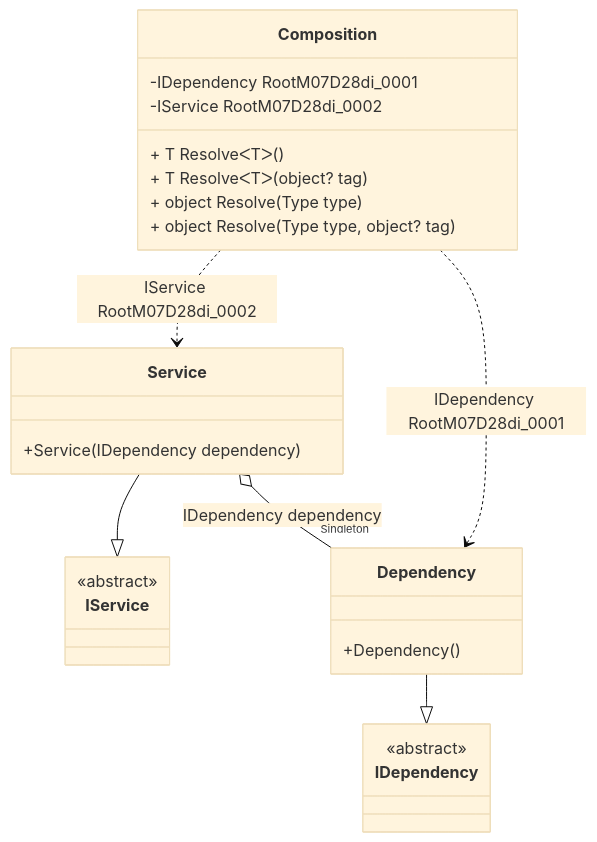
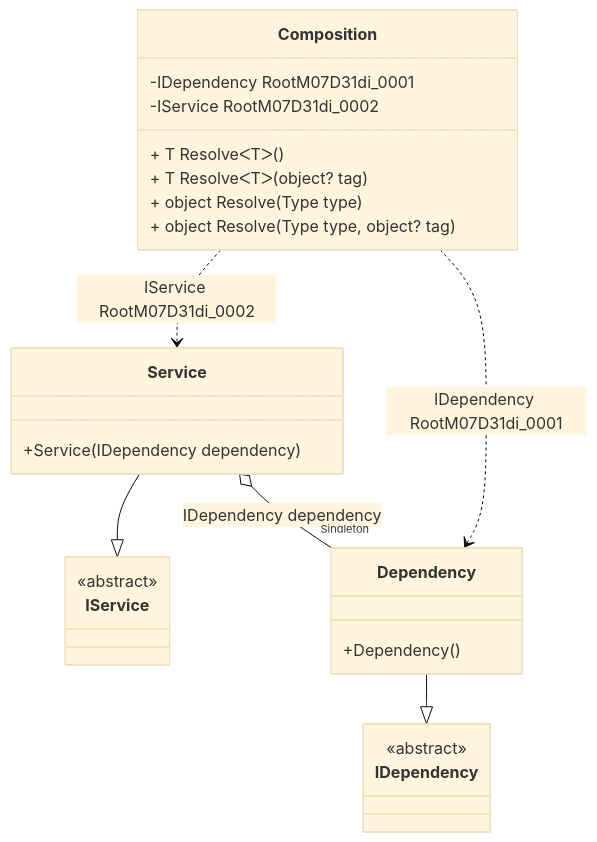
One commit to DevTeam/Pure.DI changed the diagram in readme/service-collection.md. Above: the diagram before and after it, drawn with Mermaid (base theme). The commit also changed other lines of this file and 73 other files, not shown here.

````diff
--- a/readme/service-collection.md
+++ b/readme/service-collection.md
@@ -75,28 +75,28 @@
 ```mermaid
 classDiagram
   class Composition {
-    -IDependency RootM07D28di_0001
-    -IService RootM07D28di_0002
+    -IDependency RootM07D31di_0001
+    -IService RootM07D31di_0002
     + T ResolveᐸTᐳ()
     + T ResolveᐸTᐳ(object? tag)
     + object Resolve(Type type)
     + object Resolve(Type type, object? tag)
   }
   Service --|> IService : 
   class Service {
     +Service(IDependency dependency)
   }
   Dependency --|> IDependency : 
   class Dependency {
     +Dependency()
   }
   class IService {
     <<abstract>>
   }
   class IDependency {
     <<abstract>>
   }
   Service o--  "Singleton" Dependency : IDependency dependency
-  Composition ..> Dependency : IDependency RootM07D28di_0001
-  Composition ..> Service : IService RootM07D28di_0002
+  Composition ..> Dependency : IDependency RootM07D31di_0001
+  Composition ..> Service : IService RootM07D31di_0002
 ```
````
